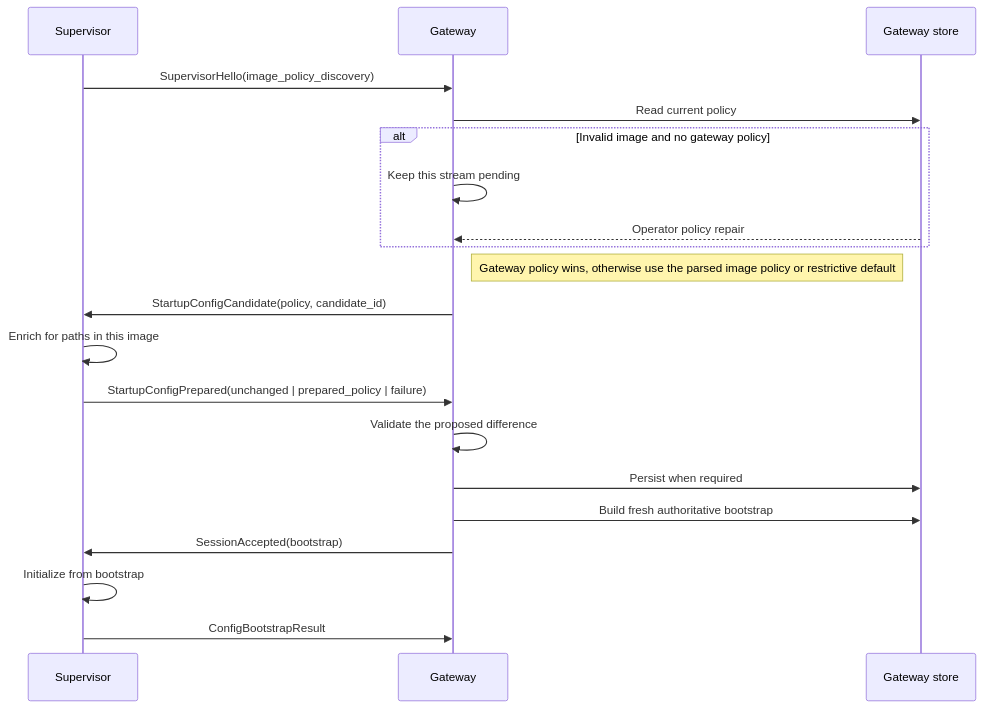
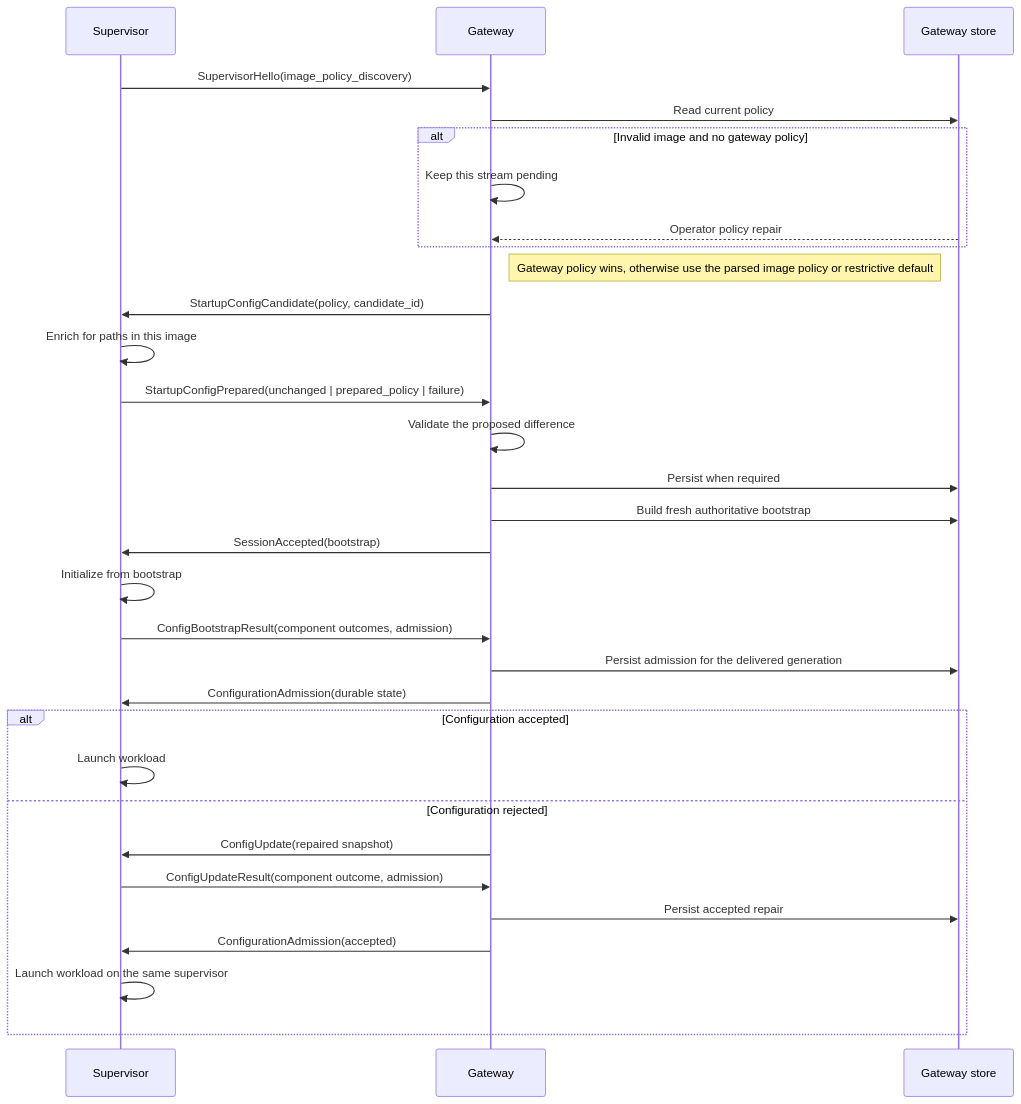
Before and after one commit to Hugoch/OpenShell: the second of 2 diagrams in architecture/sandbox.md, drawn with Mermaid. The commit also changed other lines of this file and 7 other files, not shown here.

Commit message:
fix(supervisor): gate launch on streamed admission

````diff
--- a/architecture/sandbox.md
+++ b/architecture/sandbox.md
@@ -641,23 +641,34 @@
 ```mermaid
 sequenceDiagram
     participant SUP as Supervisor
     participant GW as Gateway
     participant DB as Gateway store
 
     SUP->>GW: SupervisorHello(image_policy_discovery)
     GW->>DB: Read current policy
     alt Invalid image and no gateway policy
         GW->>GW: Keep this stream pending
         DB-->>GW: Operator policy repair
     end
     Note right of GW: Gateway policy wins, otherwise use the parsed image policy or restrictive default
     GW->>SUP: StartupConfigCandidate(policy, candidate_id)
     SUP->>SUP: Enrich for paths in this image
     SUP->>GW: StartupConfigPrepared(unchanged | prepared_policy | failure)
     GW->>GW: Validate the proposed difference
     GW->>DB: Persist when required
     GW->>DB: Build fresh authoritative bootstrap
     GW->>SUP: SessionAccepted(bootstrap)
     SUP->>SUP: Initialize from bootstrap
-    SUP->>GW: ConfigBootstrapResult
+    SUP->>GW: ConfigBootstrapResult(component outcomes, admission)
+    GW->>DB: Persist admission for the delivered generation
+    GW->>SUP: ConfigurationAdmission(durable state)
+    alt Configuration accepted
+        SUP->>SUP: Launch workload
+    else Configuration rejected
+        GW->>SUP: ConfigUpdate(repaired snapshot)
+        SUP->>GW: ConfigUpdateResult(component outcome, admission)
+        GW->>DB: Persist accepted repair
+        GW->>SUP: ConfigurationAdmission(accepted)
+        SUP->>SUP: Launch workload on the same supervisor
+    end
 ```
````
